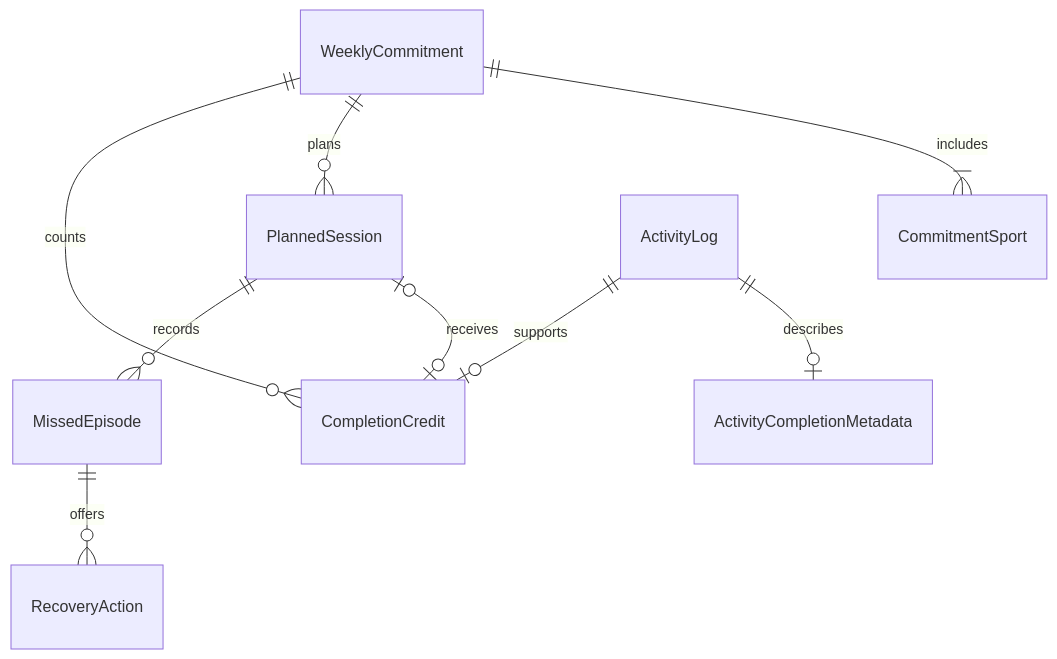
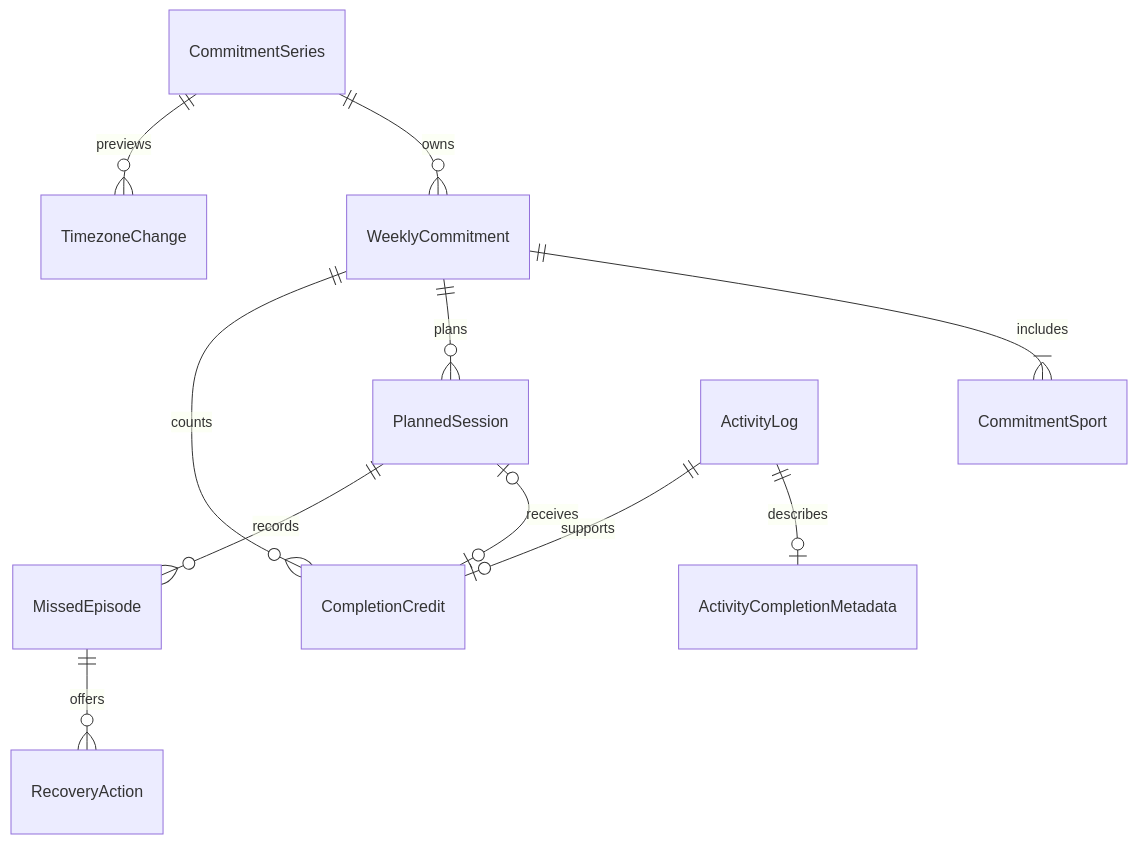
The diagram in docs/mvp/schema-and-transitions.md (hoangvuhuy44/steady), drawn with Mermaid before and after one commit. The commit also changed other lines of this file and 7 other files, not shown here.

````diff
--- a/docs/mvp/schema-and-transitions.md
+++ b/docs/mvp/schema-and-transitions.md
@@ -13,11 +13,13 @@
 ```mermaid
 erDiagram
   WeeklyCommitment ||--|{ CommitmentSport : includes
+  CommitmentSeries ||--o{ WeeklyCommitment : owns
+  CommitmentSeries ||--o{ TimezoneChange : previews
   WeeklyCommitment ||--o{ PlannedSession : plans
   WeeklyCommitment ||--o{ CompletionCredit : counts
   PlannedSession o|--o| CompletionCredit : receives
   ActivityLog ||--o| ActivityCompletionMetadata : describes
   ActivityLog ||--o| CompletionCredit : supports
   PlannedSession ||--o{ MissedEpisode : records
   MissedEpisode ||--o{ RecoveryAction : offers
 ```
````
